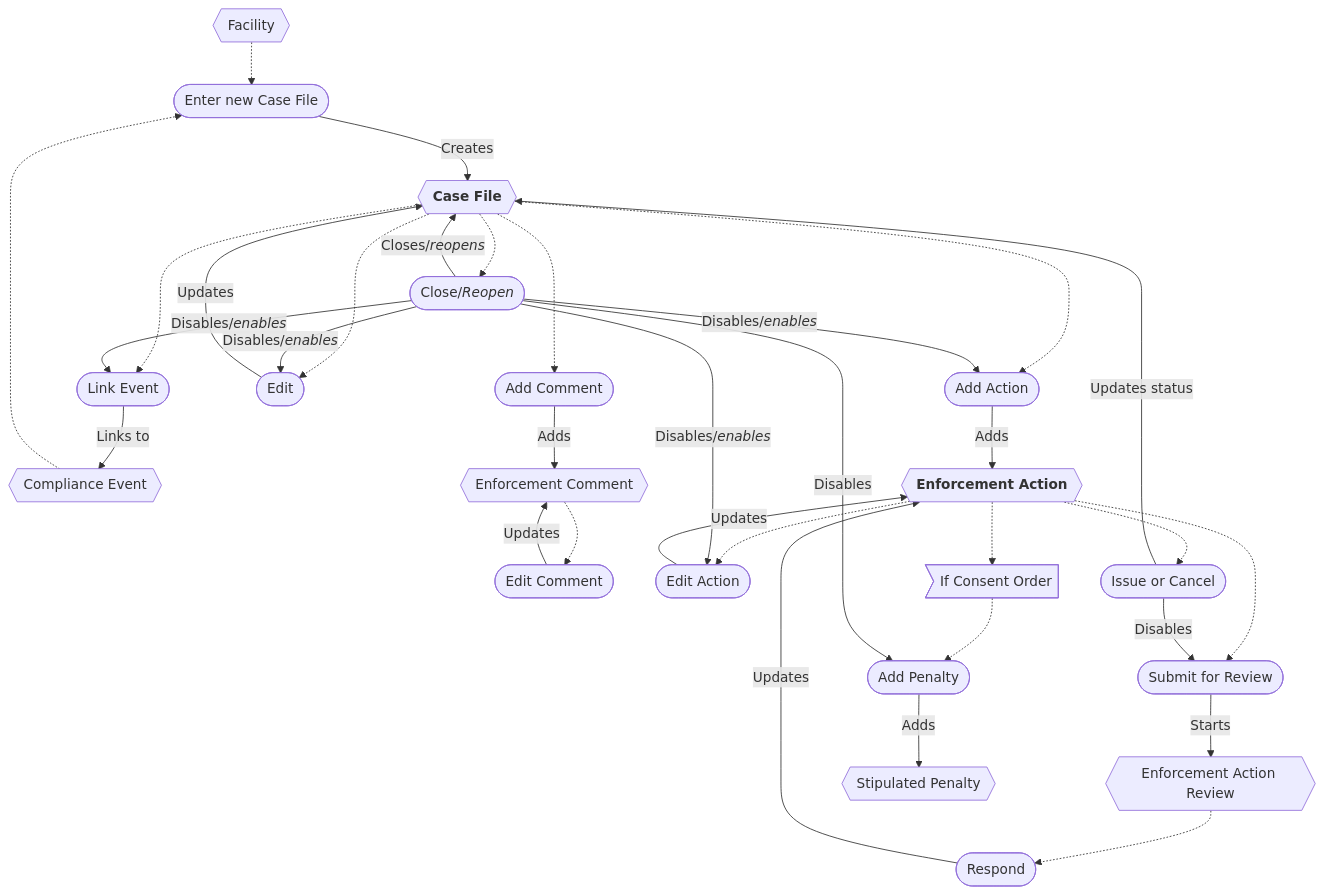
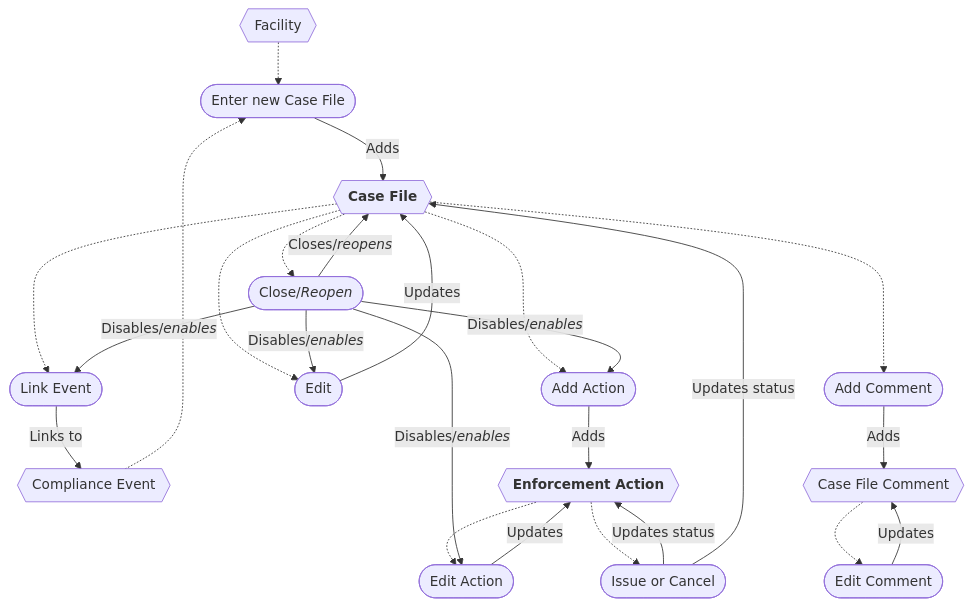
One commit to gaepdit/air-web changed the second of 4 diagrams in docs/Workflows/Enforcement-workflow.md. Above: the diagram before and after it, drawn with Mermaid. The commit also changed other lines of this file and 5 other files, not shown here.

````diff
--- a/docs/Workflows/Enforcement-workflow.md
+++ b/docs/Workflows/Enforcement-workflow.md
@@ -71,55 +105,42 @@
 ```mermaid
 flowchart
     FAC{{Facility}}
     EVT{{Compliance Event}}
     ENF{{"`**Case File**`"}}
-    CTE{{Enforcement Comment}}
+    CTE{{Case File Comment}}
     ACT{{"`**Enforcement Action**`"}}
-    REV{{"Enforcement Action Review"}}
-    STP{{Stipulated Penalty}}
     link([Link Event])
     add([Enter new Case File])
     comment([Add Comment])
     editEnf([Edit])
     addAction([Add Action])
     close(["`Close/*Reopen*`"])
     editComment([Edit Comment])
     editAction([Edit Action])
-    review([Submit for Review])
-    respond([Respond])
     issue([Issue or Cancel])
-    penalty([Add Penalty])
-    IfCO>If Consent Order]
     FAC -.-> add
     ENF -.-> link
     EVT -.-> add
     ENF -.-> editEnf
     ENF -.-> close
     ENF -..-> comment
     ENF -.-> addAction
     CTE -.-> editComment
     ACT -.-> editAction
-    ACT -.-> review
     ACT -.-> issue
-    REV -.-> respond
-    ACT -.-> IfCO -.-> penalty
     close -->|"`Disables/*enables*`"| addAction
     close -->|"`Disables/*enables*`"| editEnf
     close -->|"`Disables/*enables*`"| link
     close -->|"`Disables/*enables*`"| editAction
-    issue -->|Disables| review
-    add -->|Creates| ENF
+    add -->|Adds| ENF
     addAction -->|Adds| ACT
     close -->|"`Closes/*reopens*`"| ENF
-    close -->|Disables| penalty
     comment -->|Adds| CTE
     editAction -->|Updates| ACT
     editComment -->|Updates| CTE
     editEnf -->|Updates| ENF
+    issue -->|Updates status| ACT
     issue -->|Updates status| ENF
     link -->|Links to| EVT
-    penalty -->|Adds| STP
-    respond -->|Updates| ACT
-    review -->|Starts| REV
 
 ```
````
